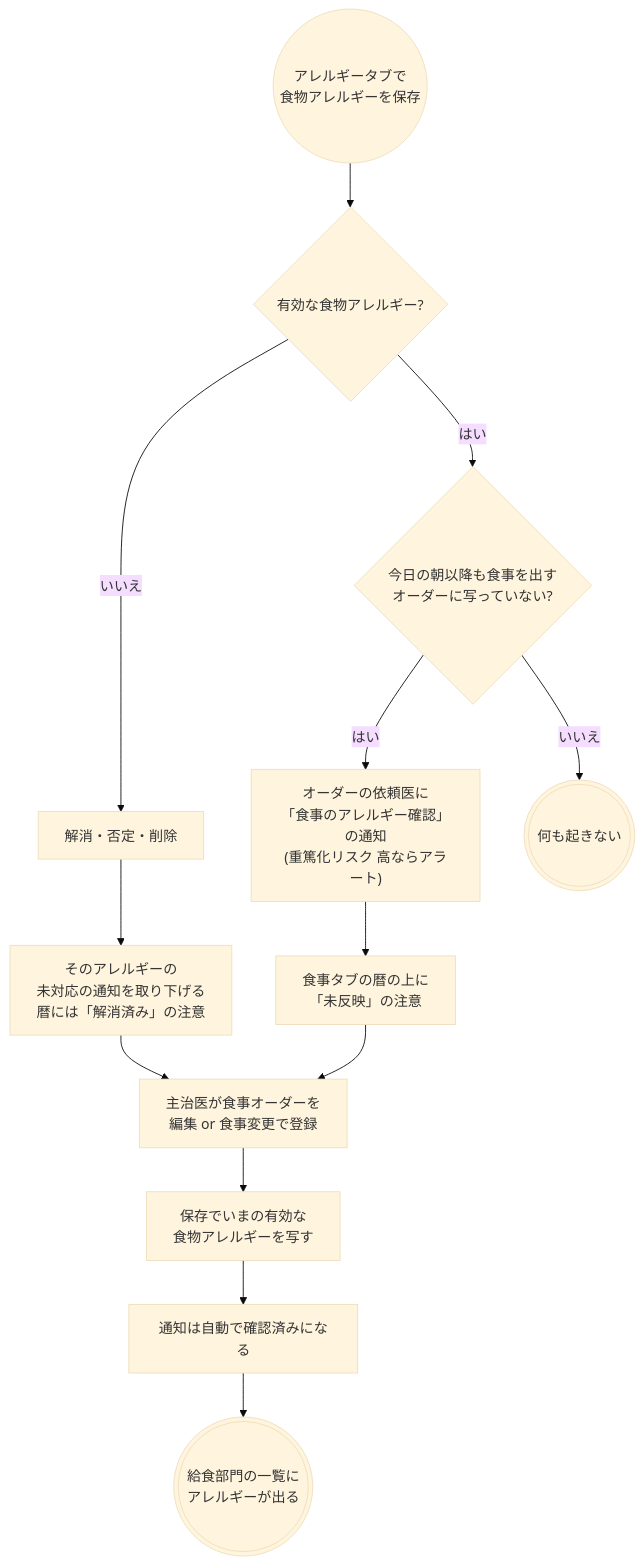
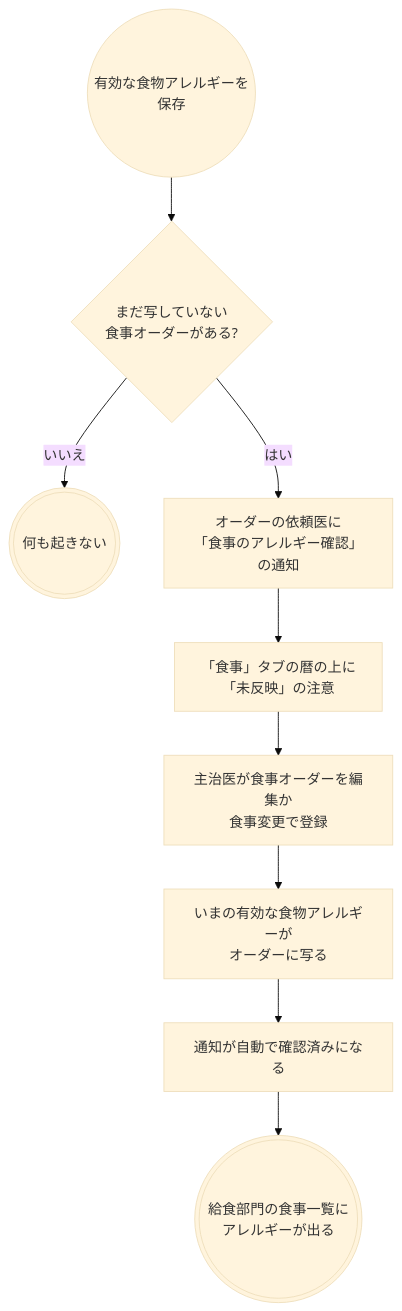
The sixth of 8 diagrams in docs/flows/meal.md (ysnr-dev/fhir-client-docs), drawn with Mermaid (base theme) before and after one commit. The commit also changed other lines of this file and 43 other files, not shown here.

Commit message:
docs: 業務フローとシーケンス図を写し直し

````diff
--- a/docs/flows/meal.md
+++ b/docs/flows/meal.md
@@ -240,21 +298,16 @@
 ```mermaid
 flowchart TD
-  start(("アレルギータブで<br/>食物アレルギーを保存"))
-  active{"有効な食物アレルギー?"}
-  orders{"今日の朝以降も食事を出す<br/>オーダーに写っていない?"}
-  notify["オーダーの依頼医に<br/>「食事のアレルギー確認」の通知<br/>(重篤化リスク 高ならアラート)"]
-  notice["食事タブの暦の上に<br/>「未反映」の注意"]
-  reorder["主治医が食事オーダーを<br/>編集 or 食事変更で登録"]
-  copied["保存でいまの有効な<br/>食物アレルギーを写す"]
-  closed["通知は自動で確認済みになる"]
-  cancelQ["解消・否定・削除"]
-  withdraw["そのアレルギーの<br/>未対応の通知を取り下げる<br/>暦には「解消済み」の注意"]
+  start(("有効な食物アレルギーを<br/>保存"))
+  orders{"まだ写していない<br/>食事オーダーがある?"}
   none((("何も起きない")))
-  done((("給食部門の一覧に<br/>アレルギーが出る")))
+  notify["オーダーの依頼医に<br/>「食事のアレルギー確認」の通知"]
+  notice["「食事」タブの暦の上に<br/>「未反映」の注意"]
+  reorder["主治医が食事オーダーを編集か<br/>食事変更で登録"]
+  copied["いまの有効な食物アレルギーが<br/>オーダーに写る"]
+  closed["通知が自動で確認済みになる"]
+  done((("給食部門の食事一覧に<br/>アレルギーが出る")))
 
-  start --> active
-  active -- "はい" --> orders
-  active -- "いいえ" --> cancelQ --> withdraw --> reorder
+  start --> orders
   orders -- "いいえ" --> none
   orders -- "はい" --> notify --> notice --> reorder --> copied --> closed --> done
 ```
````
